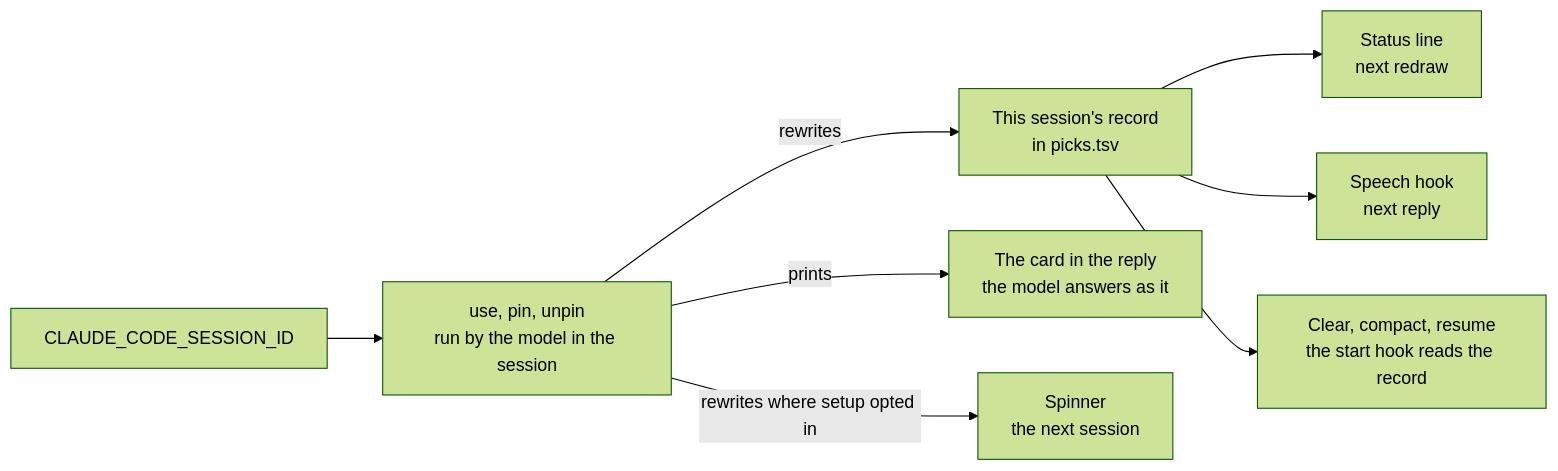
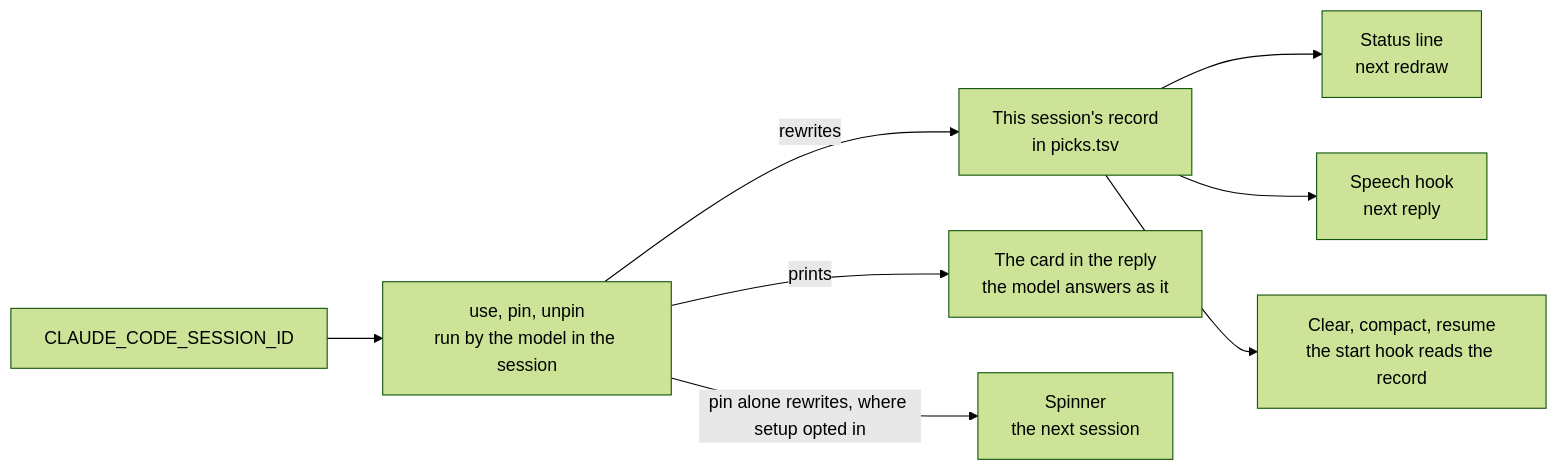
One commit to Esposter/Esposter changed the third of 6 diagrams in apps/web/content/docs/infra/claude-interface/persona-plugin.md. Above: the diagram before and after it, drawn with Mermaid (forest theme). The commit also changed other lines of this file and 4 other files, not shown here.

First line of the commit message:
fix(genshin-persona): use and unpin leave the shared spinner alone

````diff
--- a/apps/web/content/docs/infra/claude-interface/persona-plugin.md
+++ b/apps/web/content/docs/infra/claude-interface/persona-plugin.md
@@ -120,19 +120,19 @@
 ```mermaid
 flowchart LR
     Verb["use, pin, unpin<br/>run by the model in the session"]
     Env["CLAUDE_CODE_SESSION_ID"]
     Record["This session's record<br/>in picks.tsv"]
     Reply["The card in the reply<br/>the model answers as it"]
     Line["Status line<br/>next redraw"]
     Speech["Speech hook<br/>next reply"]
     Spinner["Spinner<br/>the next session"]
     Restart["Clear, compact, resume<br/>the start hook reads the record"]
 
     Env --> Verb
     Verb -->|rewrites| Record
     Verb -->|prints| Reply
     Record --> Line
     Record --> Speech
     Record --> Restart
-    Verb -->|rewrites where setup opted in| Spinner
+    Verb -->|pin alone rewrites, where setup opted in| Spinner
 ```
````
